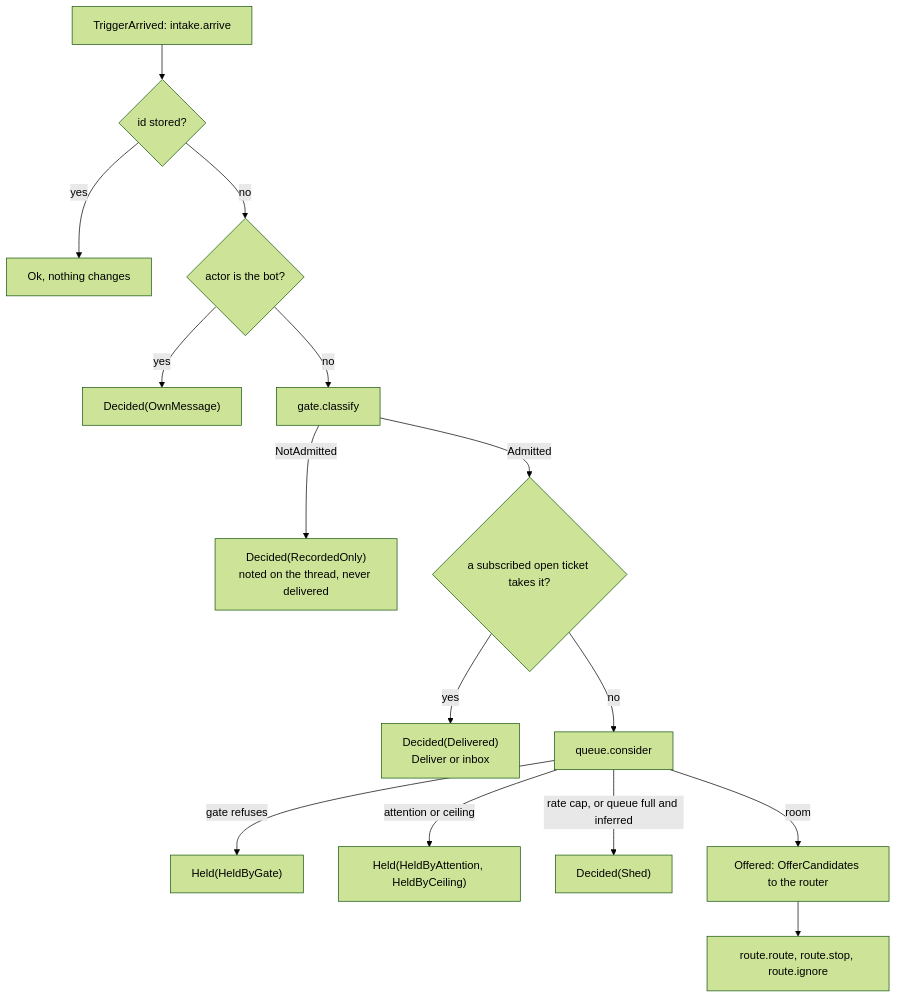
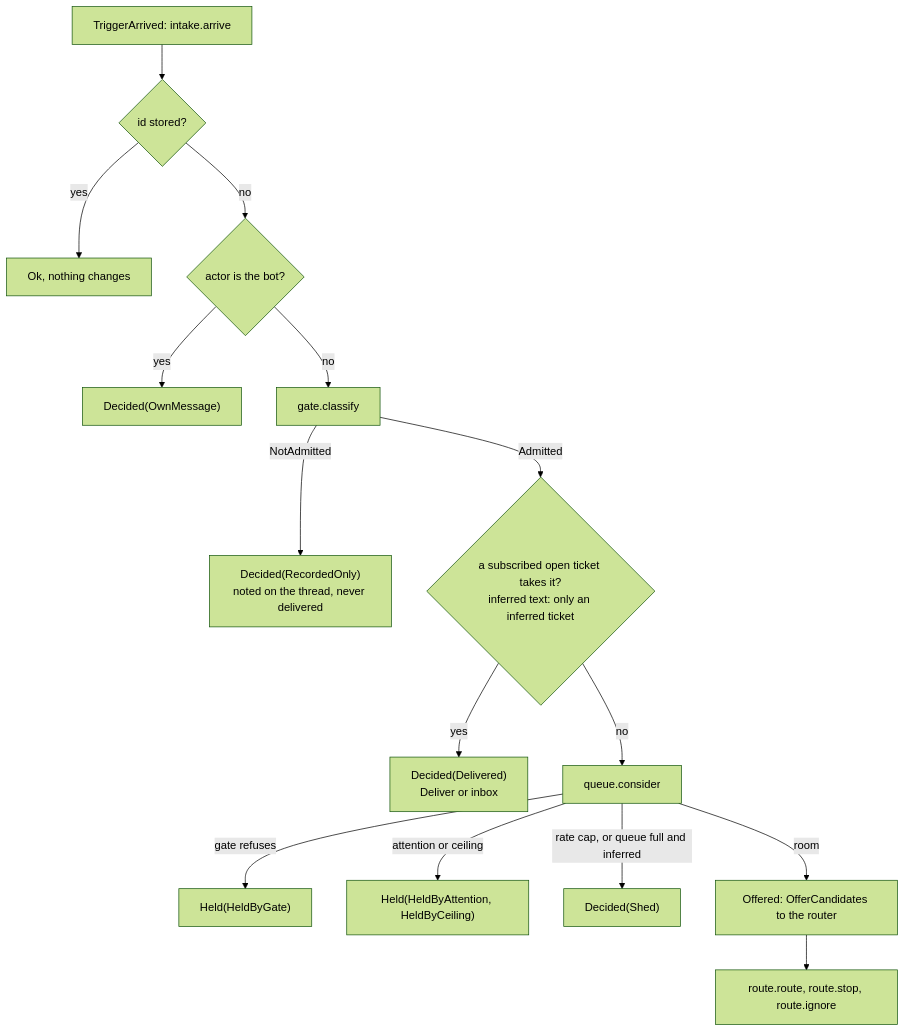
One commit to Roasbeef/loom changed the fourth of 11 diagrams in docs/architecture/project-mode.md. Above: the diagram before and after it, drawn with Mermaid (forest theme). The commit also changed other lines of this file and 4 other files, not shown here.

First line of the commit message:
docs: record the inferred-text rule for tickets

````diff
--- a/docs/architecture/project-mode.md
+++ b/docs/architecture/project-mode.md
@@ -156,17 +156,17 @@
 ```mermaid
 flowchart TD
     Arrive["TriggerArrived: intake.arrive"] --> Known{"id stored?"}
     Known -- "yes" --> Noop["Ok, nothing changes"]
     Known -- "no" --> Own{"actor is the bot?"}
     Own -- "yes" --> OwnMsg["Decided(OwnMessage)"]
     Own -- "no" --> Classify["gate.classify"]
     Classify -- "NotAdmitted" --> Recorded["Decided(RecordedOnly)<br/>noted on the thread, never delivered"]
-    Classify -- "Admitted" --> Sub{"a subscribed open ticket takes it?"}
+    Classify -- "Admitted" --> Sub{"a subscribed open ticket takes it?<br/>inferred text: only an inferred ticket"}
     Sub -- "yes" --> Delivered["Decided(Delivered)<br/>Deliver or inbox"]
     Sub -- "no" --> Consider["queue.consider"]
     Consider -- "gate refuses" --> HeldGate["Held(HeldByGate)"]
     Consider -- "attention or ceiling" --> HeldLoad["Held(HeldByAttention, HeldByCeiling)"]
     Consider -- "rate cap, or queue full and inferred" --> Shed["Decided(Shed)"]
     Consider -- "room" --> Offered["Offered: OfferCandidates to the router"]
     Offered --> Route["route.route, route.stop, route.ignore"]
 ```
````
